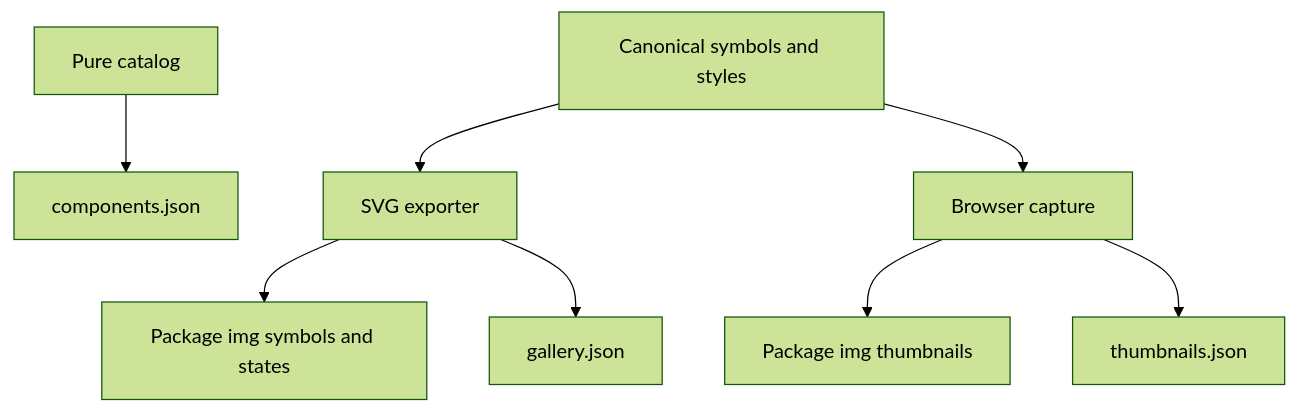
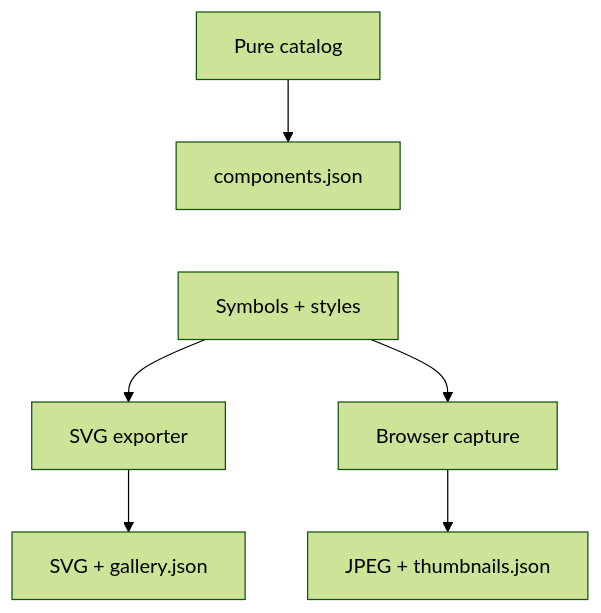
The diagram in software/cadagent/webkit/scada/ui/metadata/README.md (Valpatel/cad-agent), drawn with Mermaid (forest theme) before and after one commit. The commit also changed 27 other files, not shown here.

````diff
--- a/software/cadagent/webkit/scada/ui/metadata/README.md
+++ b/software/cadagent/webkit/scada/ui/metadata/README.md
@@ -13,10 +13,9 @@
 ```mermaid
 flowchart TD
-  catalog[Pure catalog] --> metadata[components.json]
-  renderer[Canonical symbols and styles] --> gallery[SVG exporter]
-  renderer --> browser[Browser capture]
-  gallery --> svg[Package img symbols and states]
-  gallery --> receipt[gallery.json]
-  browser --> jpg[Package img thumbnails]
-  browser --> thumbnails[thumbnails.json]
+  Catalog["Pure catalog"] --> Metadata["components.json"]
+  Metadata ~~~ Renderer
+  Renderer["Symbols + styles"] --> Gallery["SVG exporter"]
+  Renderer --> Browser["Browser capture"]
+  Gallery --> SVG["SVG + gallery.json"]
+  Browser --> JPG["JPEG + thumbnails.json"]
 ```
````
